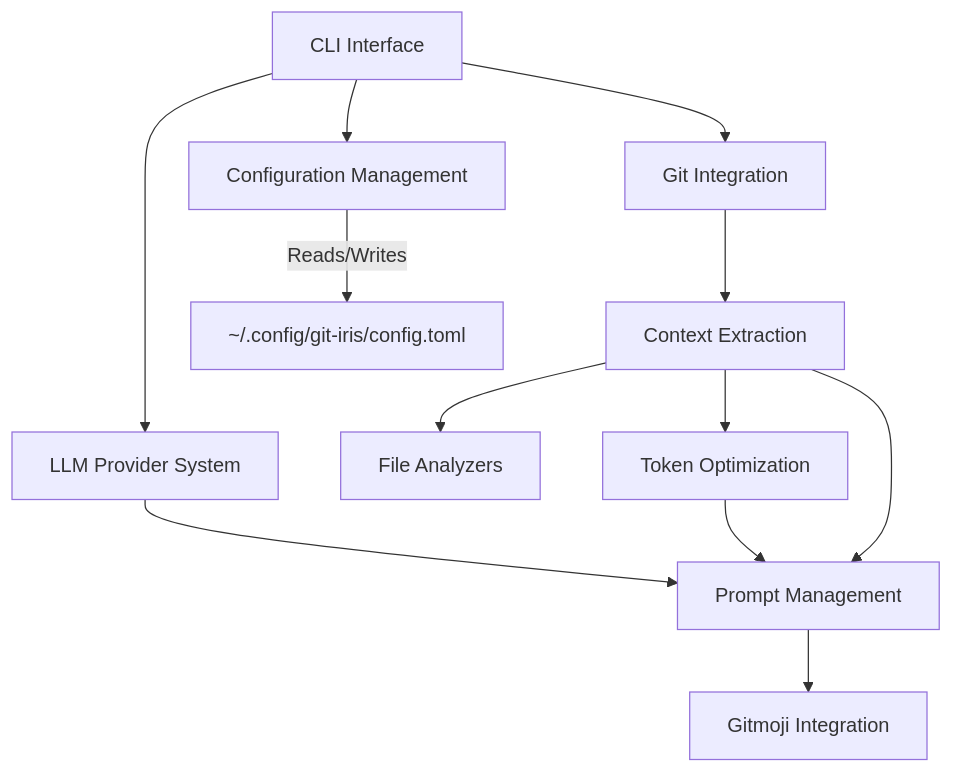
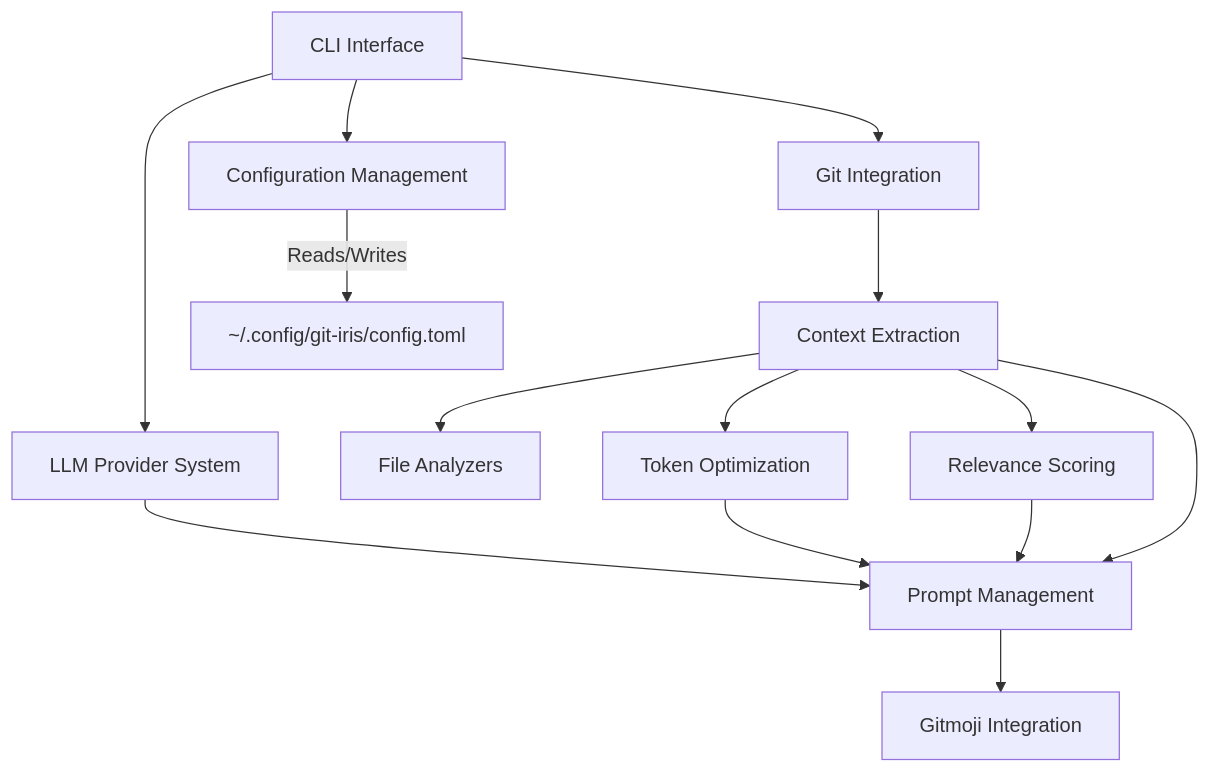
The diagram in docs/git-iris-architecture.md (hyperb1iss/git-iris), drawn with Mermaid before and after one commit. The commit also changed other lines of this file and 3 other files, not shown here.

First line of the commit message:
📝 Update README and architecture documentation

````diff
--- a/docs/git-iris-architecture.md
+++ b/docs/git-iris-architecture.md
@@ -131,14 +141,16 @@
 ```mermaid
 graph TD
     A[CLI Interface] --> B[Git Integration]
     A --> C[Configuration Management]
     A --> D[LLM Provider System]
     B --> E[Context Extraction]
     E --> F[File Analyzers]
     E --> G[Token Optimization]
+    E --> K[Relevance Scoring]
     D --> H[Prompt Management]
     H --> I[Gitmoji Integration]
     G --> H
+    K --> H
     E --> H
     C -->|Reads/Writes| J[~/.config/git-iris/config.toml]
 ```
````
